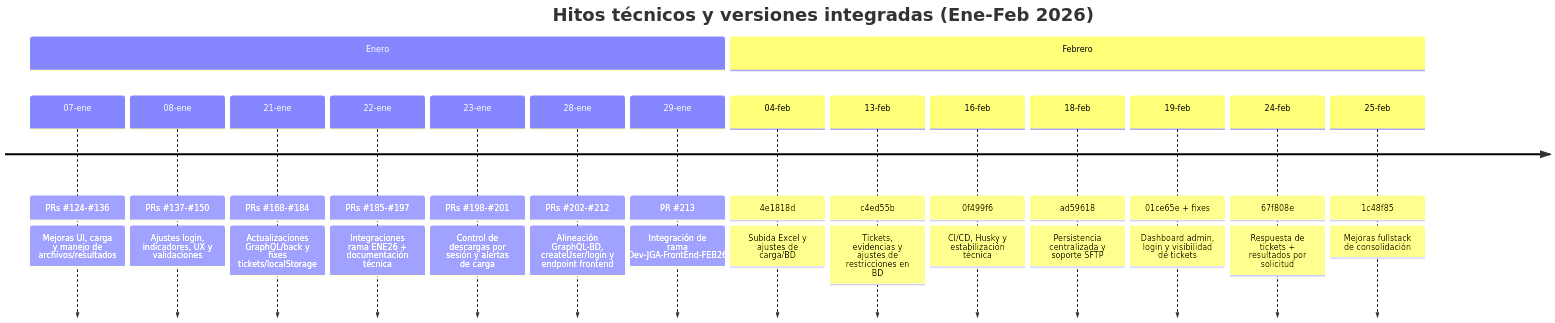
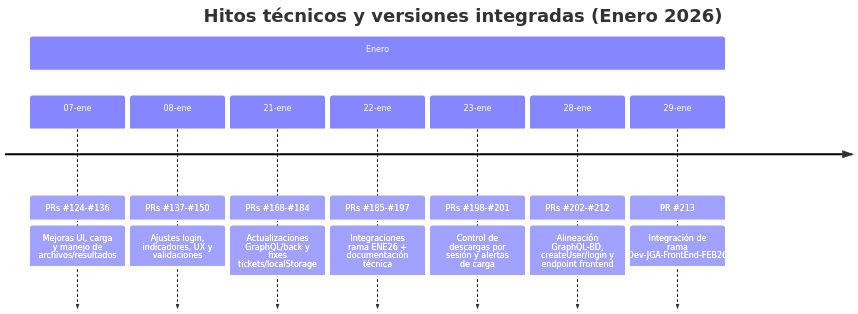
One commit to dleonsystem/sep_evaluacion_diagnostica changed the first of 3 diagrams in docs/EntregablesFebrero/2_BITACORA_DESARROLLO_Y_SEGUIMIENTO_ENE_FEB_2026.md. Above: the diagram before and after it, drawn with Mermaid.

Commit message:
docs: separar timeline de bitácora en enero y febrero

````diff
--- a/docs/EntregablesFebrero/2_BITACORA_DESARROLLO_Y_SEGUIMIENTO_ENE_FEB_2026.md
+++ b/docs/EntregablesFebrero/2_BITACORA_DESARROLLO_Y_SEGUIMIENTO_ENE_FEB_2026.md
@@ -40,34 +42,19 @@
 ```mermaid
 timeline
-  title Hitos técnicos y versiones integradas (Ene-Feb 2026)
+  title Hitos técnicos y versiones integradas (Enero 2026)
   section Enero
     07-ene : PRs #124-#136
            : Mejoras UI, carga y manejo de archivos/resultados
     08-ene : PRs #137-#150
            : Ajustes login, indicadores, UX y validaciones
     21-ene : PRs #168-#184
            : Actualizaciones GraphQL/back y fixes tickets/localStorage
     22-ene : PRs #185-#197
            : Integraciones rama ENE26 + documentación técnica
     23-ene : PRs #198-#201
            : Control de descargas por sesión y alertas de carga
     28-ene : PRs #202-#212
            : Alineación GraphQL-BD, createUser/login y endpoint frontend
     29-ene : PR #213
            : Integración de rama Dev-JGA-FrontEnd-FEB26
-  section Febrero
-    04-feb : 4e1818d
-           : Subida Excel y ajustes de carga/BD
-    13-feb : c4ed55b
-           : Tickets, evidencias y ajustes de restricciones en BD
-    16-feb : 0f499f6
-           : CI/CD, Husky y estabilización técnica
-    18-feb : ad59618
-           : Persistencia centralizada y soporte SFTP
-    19-feb : 01ce65e + fixes
-           : Dashboard admin, login y visibilidad de tickets
-    24-feb : 67f808e
-           : Respuesta de tickets + resultados por solicitud
-    25-feb : 1c48f85
-           : Mejoras fullstack de consolidación
 ```
````
